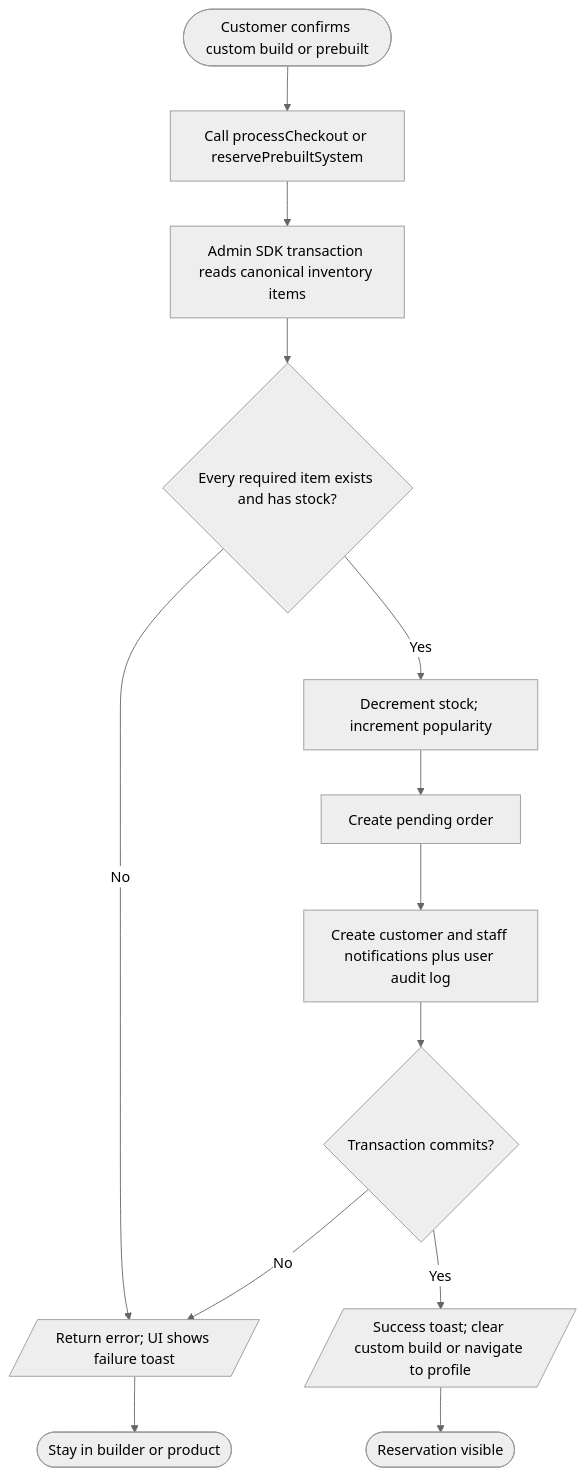
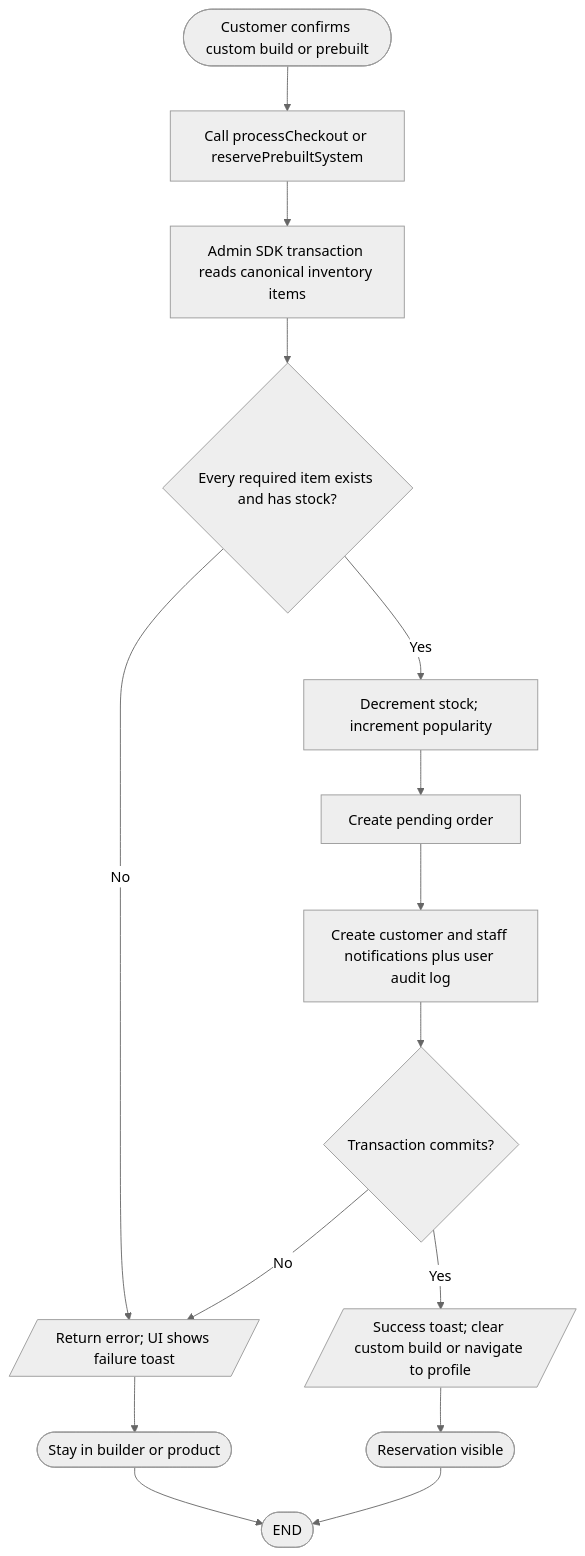
The first of 2 diagrams in docs/flowcharts/reservations-flowchart.md (VirgenRayzon/BuilbotAI), drawn with Mermaid (neutral theme) before and after one commit. The commit also changed other lines of this file and 109 other files, not shown here.

Commit message:
feat(builder): add live recommendations, budget slider, and updated system flowcharts

````diff
--- a/docs/flowcharts/reservations-flowchart.md
+++ b/docs/flowcharts/reservations-flowchart.md
@@ -5,13 +9,15 @@
 ```mermaid
 flowchart TD
   Start([Customer confirms custom build or prebuilt]) --> Call[Call processCheckout or reservePrebuiltSystem]
   Call --> Read[Admin SDK transaction reads canonical inventory items]
   Read --> Stock{Every required item exists and has stock?}
   Stock -- No --> Fail[/Return error; UI shows failure toast/] --> End([Stay in builder or product])
   Stock -- Yes --> Write[Decrement stock; increment popularity]
   Write --> Order[Create pending order]
   Order --> Notice[Create customer and staff notifications plus user audit log]
   Notice --> Commit{Transaction commits?}
   Commit -- No --> Fail
   Commit -- Yes --> Success[/Success toast; clear custom build or navigate to profile/] --> Done([Reservation visible])
+  End --> Finish([END])
+  Done --> Finish
 ```
````
